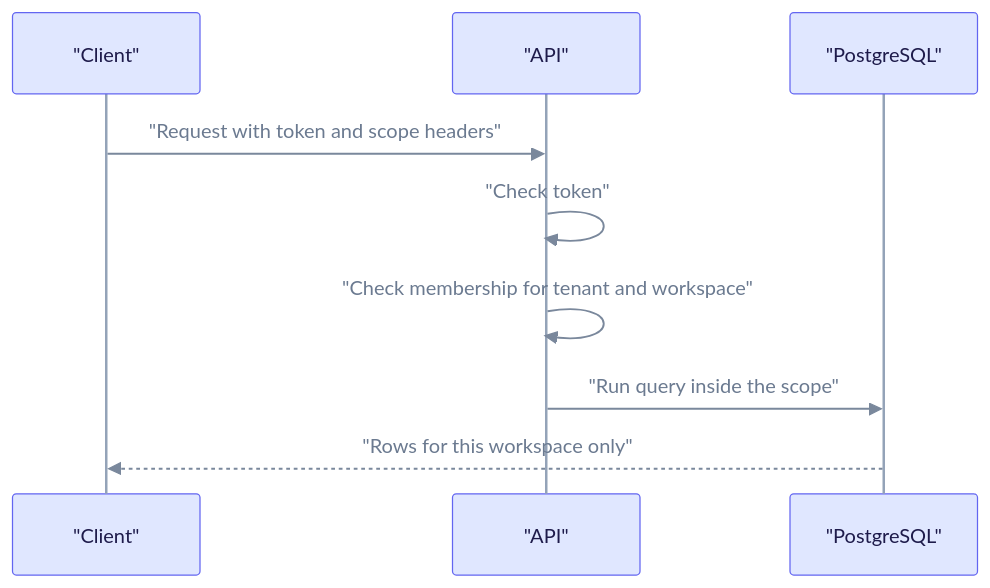
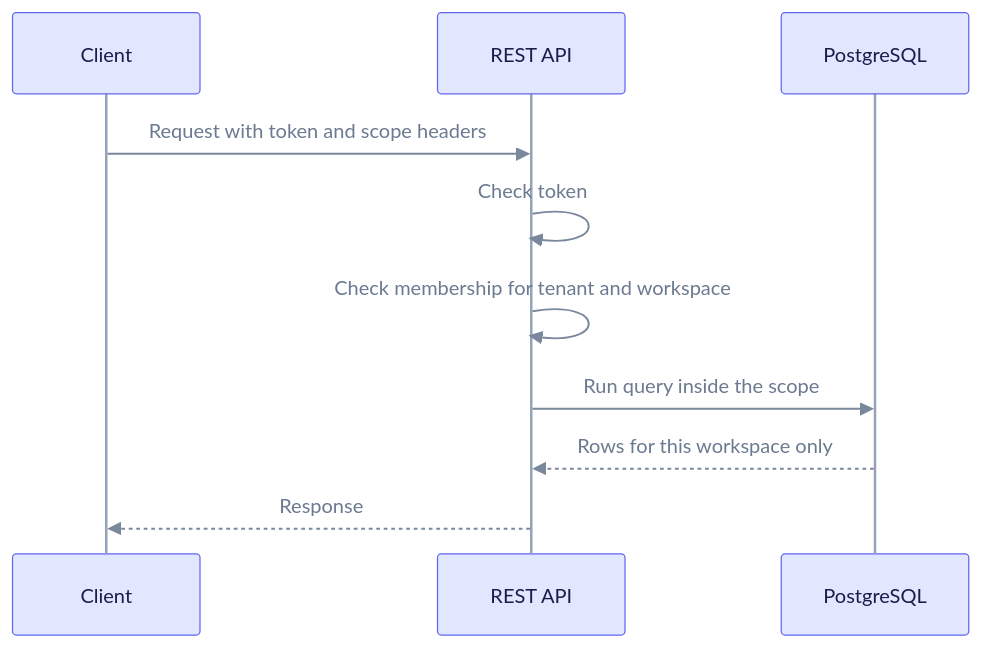
The second of 4 diagrams in docs/tutorials/multi-tenant.md (raphaelmansuy/edgequake), drawn with Mermaid before and after one commit. The commit also changed other lines of this file and 194 other files, not shown here.

First line of the commit message:
Refresh docs against code and rebuild schema E/R as progressive steps

````diff
--- a/docs/tutorials/multi-tenant.md
+++ b/docs/tutorials/multi-tenant.md
@@ -47,13 +50,14 @@
 ```mermaid
 %%{init: {"theme":"base","themeVariables":{"primaryColor":"#E0E7FF","primaryBorderColor":"#6366F1","primaryTextColor":"#1E1B4B","secondaryColor":"#D1FAE5","secondaryBorderColor":"#10B981","secondaryTextColor":"#064E3B","tertiaryColor":"#FEF3C7","tertiaryBorderColor":"#F59E0B","tertiaryTextColor":"#6B7A90","lineColor":"#7A889C","clusterBkg":"rgba(99,102,241,0.07)","clusterBorder":"#A5B4FC","noteBkgColor":"#FEF9C3","noteTextColor":"#422006","textColor":"#6B7A90","titleColor":"#6B7A90","signalColor":"#7A889C","signalTextColor":"#6B7A90","loopTextColor":"#6B7A90","edgeLabelBackground":"#F1F5F9","actorLineColor":"#94A3B8"}}}%%
 %% eq-theme:v1
 sequenceDiagram
-  participant C as "Client"
-  participant A as "API"
-  participant D as "PostgreSQL"
-  C->>A: "Request with token and scope headers"
-  A->>A: "Check token"
-  A->>A: "Check membership for tenant and workspace"
-  A->>D: "Run query inside the scope"
-  D-->>C: "Rows for this workspace only"
+  participant C as Client
+  participant A as REST API
+  participant D as PostgreSQL
+  C->>A: Request with token and scope headers
+  A->>A: Check token
+  A->>A: Check membership for tenant and workspace
+  A->>D: Run query inside the scope
+  D-->>A: Rows for this workspace only
+  A-->>C: Response
 ```
````
